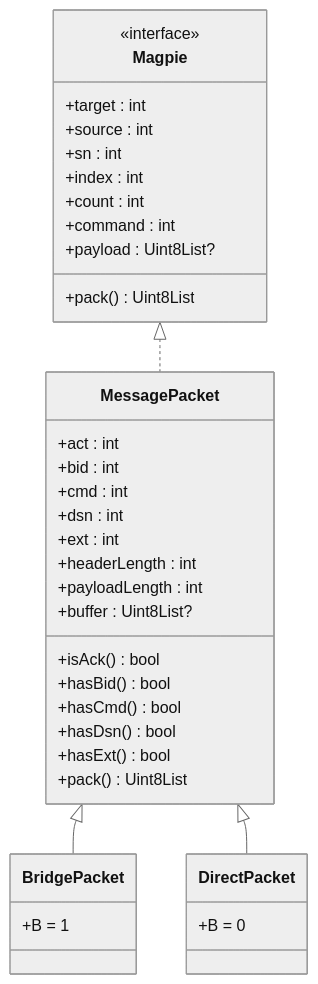
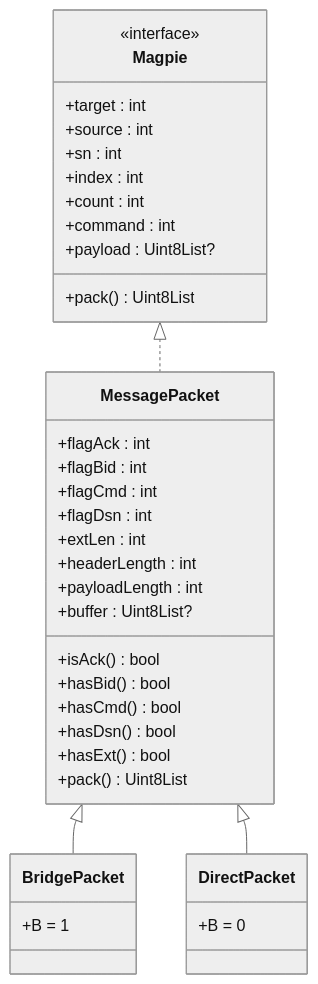
Before and after one commit to moky/magpie: the diagram in docs/sdk.md, drawn with Mermaid (neutral theme). The commit also changed other lines of this file and 5 other files, not shown here.

````diff
--- a/docs/sdk.md
+++ b/docs/sdk.md
@@ -14,40 +14,40 @@
 ```mermaid
 classDiagram
     class Magpie {
         <<interface>>
         +target : int
         +source : int
         +sn : int
         +index : int
         +count : int
         +command : int
         +payload : Uint8List?
         +pack() Uint8List
     }
     class MessagePacket {
-        +act : int
-        +bid : int
-        +cmd : int
-        +dsn : int
-        +ext : int
+        +flagAck : int
+        +flagBid : int
+        +flagCmd : int
+        +flagDsn : int
+        +extLen : int
         +headerLength : int
         +payloadLength : int
         +buffer : Uint8List?
         +isAck() bool
         +hasBid() bool
         +hasCmd() bool
         +hasDsn() bool
         +hasExt() bool
         +pack() Uint8List
     }
     class BridgePacket {
         +B = 1
     }
     class DirectPacket {
         +B = 0
     }
 
     Magpie <|.. MessagePacket
     MessagePacket <|-- BridgePacket
     MessagePacket <|-- DirectPacket
 ```
````
